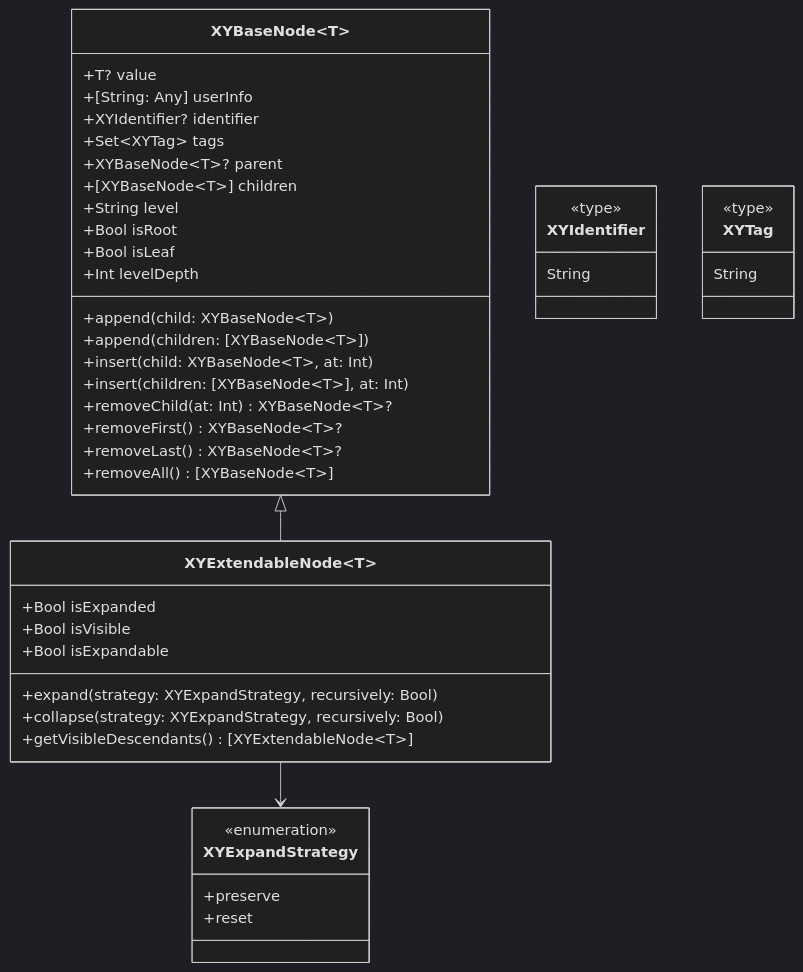
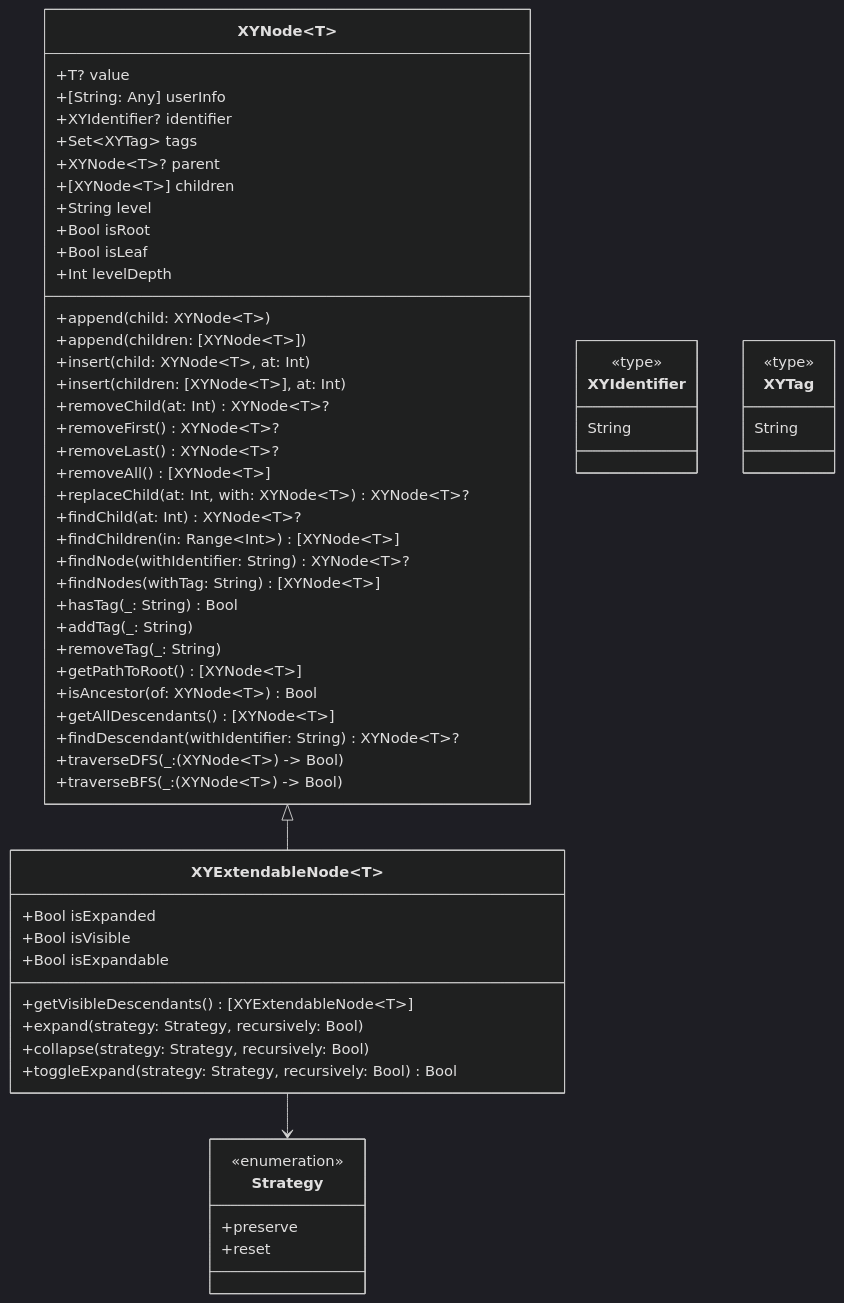
One commit to huangsf89757/XYLib changed the diagram in Tool/XYNode/README.md. Above: the diagram before and after it, drawn with Mermaid (dark theme). The commit also changed other lines of this file and 5 other files, not shown here.

````diff
--- a/Tool/XYNode/README.md
+++ b/Tool/XYNode/README.md
@@ -76,52 +81,67 @@
 ```mermaid
 classDiagram
-    class XYBaseNode~T~ {
+    class XYNode~T~ {
         +T? value
         +[String: Any] userInfo
         +XYIdentifier? identifier
         +Set~XYTag~ tags
-        +XYBaseNode~T~? parent
-        +[XYBaseNode~T~] children
+        +XYNode~T~? parent
+        +[XYNode~T~] children
         +String level
         +Bool isRoot
         +Bool isLeaf
         +Int levelDepth
-        +append(child: XYBaseNode~T~)
-        +append(children: [XYBaseNode~T~])
-        +insert(child: XYBaseNode~T~, at: Int)
-        +insert(children: [XYBaseNode~T~], at: Int)
-        +removeChild(at: Int) XYBaseNode~T~?
-        +removeFirst() XYBaseNode~T~?
-        +removeLast() XYBaseNode~T~?
-        +removeAll() [XYBaseNode~T~]
+        +append(child: XYNode~T~)
+        +append(children: [XYNode~T~])
+        +insert(child: XYNode~T~, at: Int)
+        +insert(children: [XYNode~T~], at: Int)
+        +removeChild(at: Int) XYNode~T~?
+        +removeFirst() XYNode~T~?
+        +removeLast() XYNode~T~?
+        +removeAll() [XYNode~T~]
+        +replaceChild(at: Int, with: XYNode~T~) XYNode~T~?
+        +findChild(at: Int) XYNode~T~?
+        +findChildren(in: Range~Int~) [XYNode~T~]
+        +findNode(withIdentifier: String) XYNode~T~?
+        +findNodes(withTag: String) [XYNode~T~]
+        +hasTag(_: String) Bool
+        +addTag(_: String) 
+        +removeTag(_: String)
+        +getPathToRoot() [XYNode~T~]
+        +isAncestor(of: XYNode~T~) Bool
+        +getAllDescendants() [XYNode~T~]
+        +findDescendant(withIdentifier: String) XYNode~T~?
+        +traverseDFS(_: (XYNode~T~) -> Bool)
+        +traverseBFS(_: (XYNode~T~) -> Bool)
     }
     
     class XYExtendableNode~T~ {
         +Bool isExpanded
         +Bool isVisible
         +Bool isExpandable
-        +expand(strategy: XYExpandStrategy, recursively: Bool)
-        +collapse(strategy: XYExpandStrategy, recursively: Bool)
         +getVisibleDescendants() [XYExtendableNode~T~]
+        +expand(strategy: Strategy, recursively: Bool)
+        +collapse(strategy: Strategy, recursively: Bool)
+        +toggleExpand(strategy: Strategy, recursively: Bool) Bool
     }
     
-    class XYExpandStrategy {
+    class Strategy {
         <<enumeration>>
         +preserve
         +reset
     }
     
     class XYIdentifier {
         <<type>>
         String
     }
     
     class XYTag {
         <<type>>
         String
     }
     
-    XYBaseNode <|-- XYExtendableNode
-    XYExtendableNode --> XYExpandStrategy
+    XYNode <|-- XYExtendableNode
+    XYExtendableNode --> Strategy
     
 ```
````
